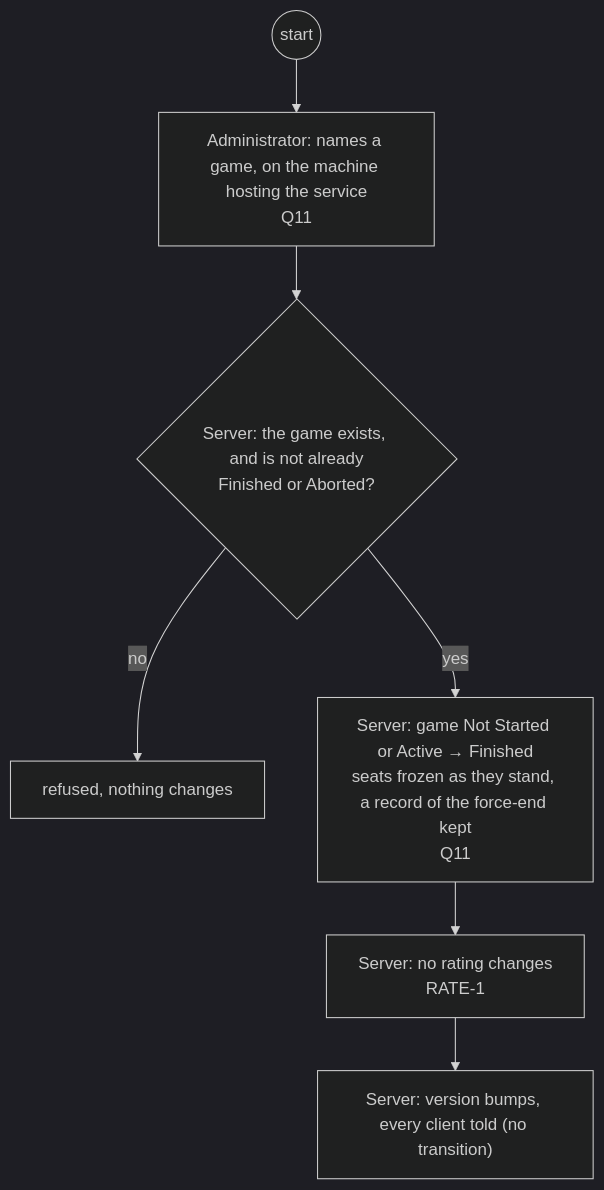
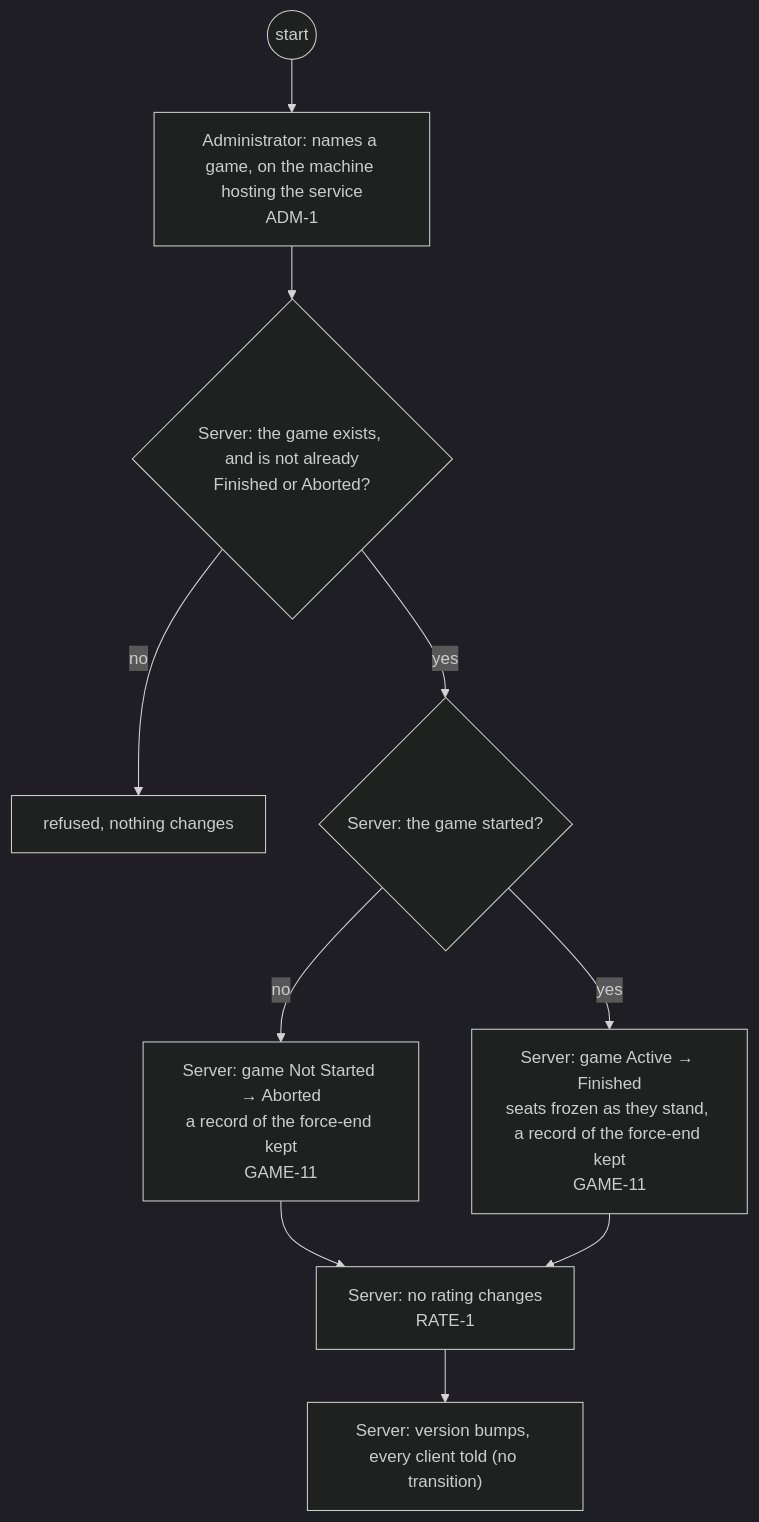
Before and after one commit to delphside/tile-lite-elite: diagram 25 of 29 in docs/changes/workstreams/application-game-architecture/71-one-game-model/71-functional.md, drawn with Mermaid (dark theme). The commit also changed other lines of this file and 2 other files, not shown here.

First line of the commit message:
app 0.9.2 api 2.16: GAME-11 force-end, ADM-1 administrators need the host

````diff
--- a/docs/changes/workstreams/application-game-architecture/71-one-game-model/71-functional.md
+++ b/docs/changes/workstreams/application-game-architecture/71-one-game-model/71-functional.md
@@ -437,9 +437,12 @@
 ```mermaid
 flowchart TD
-  s0((start)) --> a1["Administrator: names a game, on the machine hosting the service<br/>Q11"]
+  s0((start)) --> a1["Administrator: names a game, on the machine hosting the service<br/>ADM-1"]
   a1 --> v1{"Server: the game exists, and is not already<br/>Finished or Aborted?"}
   v1 -- no --> r1["refused, nothing changes"]
-  v1 -- yes --> t1["Server: game Not Started or Active → Finished<br/>seats frozen as they stand, a record of the force-end kept<br/>Q11"]
+  v1 -- yes --> d1{"Server: the game started?"}
+  d1 -- no --> t0["Server: game Not Started → Aborted<br/>a record of the force-end kept<br/>GAME-11"]
+  d1 -- yes --> t1["Server: game Active → Finished<br/>seats frozen as they stand, a record of the force-end kept<br/>GAME-11"]
+  t0 --> t2
   t1 --> t2["Server: no rating changes<br/>RATE-1"]
   t2 --> t3["Server: version bumps, every client told (no transition)"]
 ```
````
